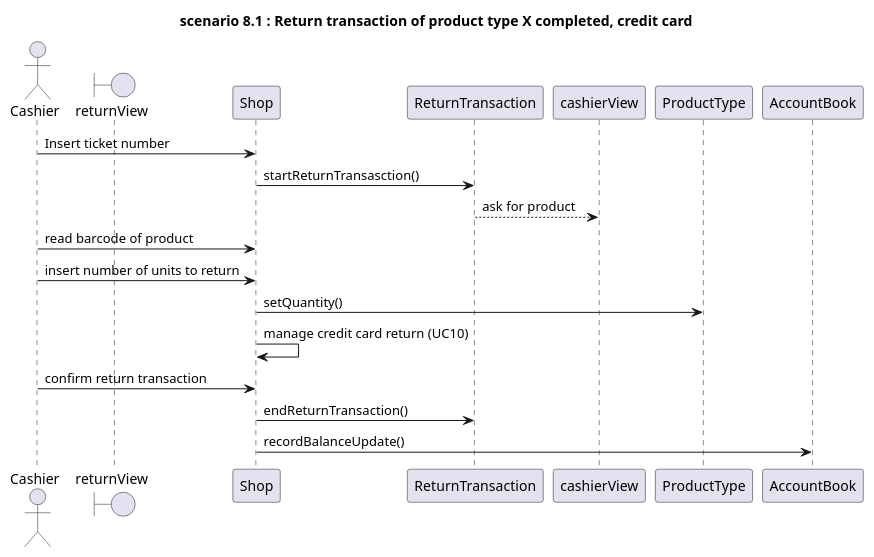
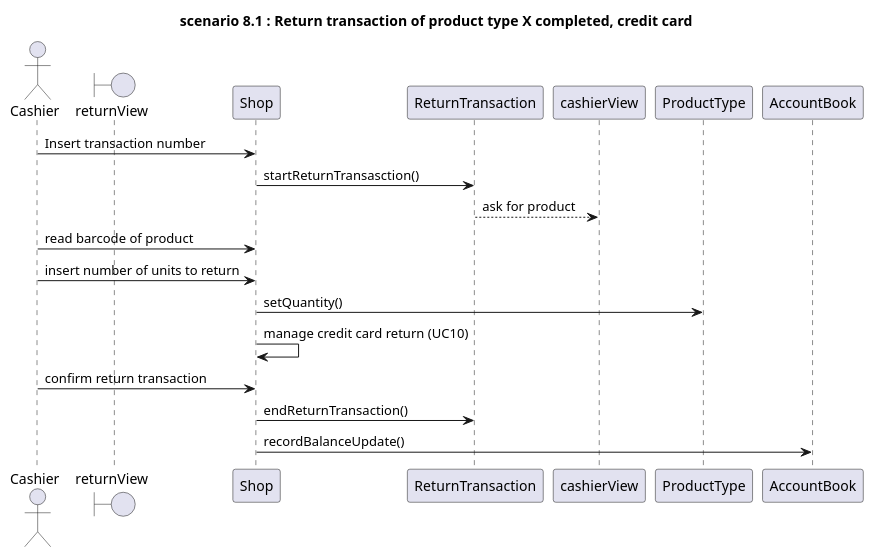
Diagram 27 of 31 in Deliverables/DesignDocument.md (zitabou/EZShop), drawn with PlantUML before and after one commit. The commit also changed other lines of this file, not shown here.

````diff
--- a/Deliverables/DesignDocument.md
+++ b/Deliverables/DesignDocument.md
@@ -979,19 +972,19 @@
 ```plantuml
 
 title
 **scenario 8.1** : Return transaction of product type X completed, credit card
 end title
 
 Actor Cashier
 Boundary returnView
-Cashier -> Shop: Insert ticket number
+Cashier -> Shop: Insert transaction number
 Shop -> ReturnTransaction: startReturnTransasction()
 ReturnTransaction --> cashierView: ask for product
 Cashier -> Shop: read barcode of product
 Cashier -> Shop: insert number of units to return
 Shop -> ProductType: setQuantity()
 Shop -> Shop: manage credit card return (UC10)
 Cashier -> Shop: confirm return transaction
 Shop -> ReturnTransaction: endReturnTransaction()
 Shop -> AccountBook: recordBalanceUpdate()
 ```
````
